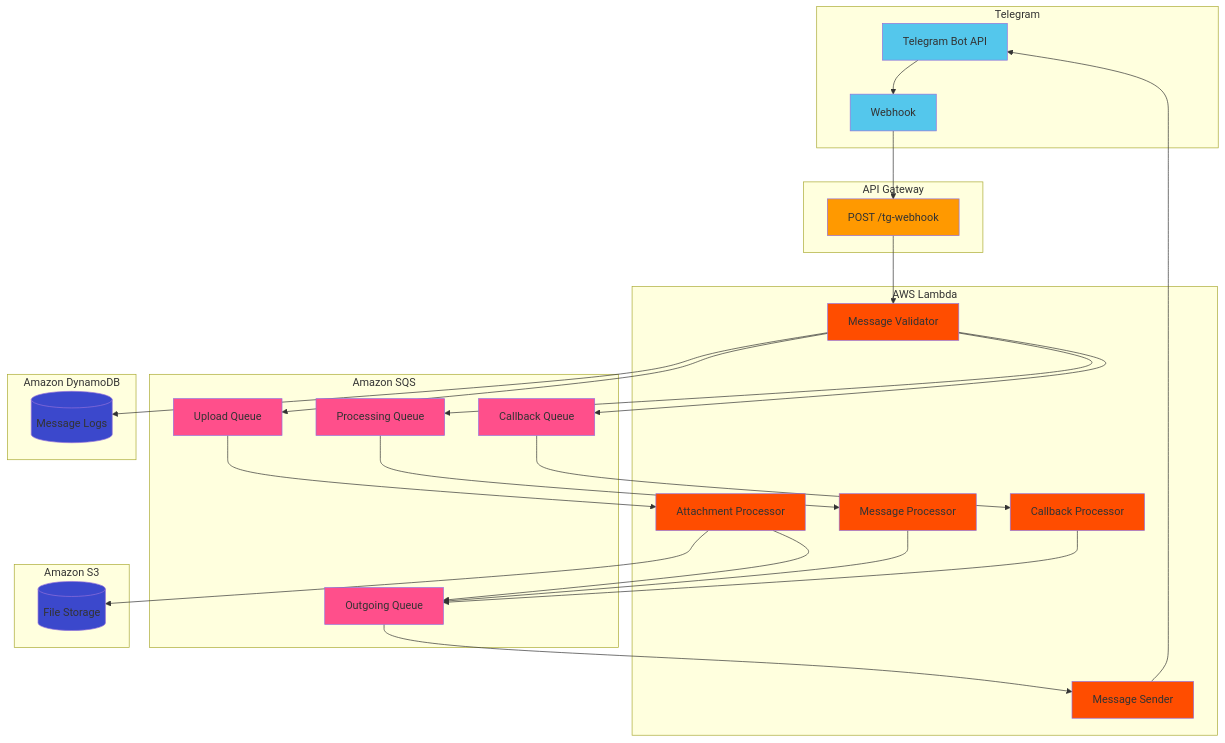
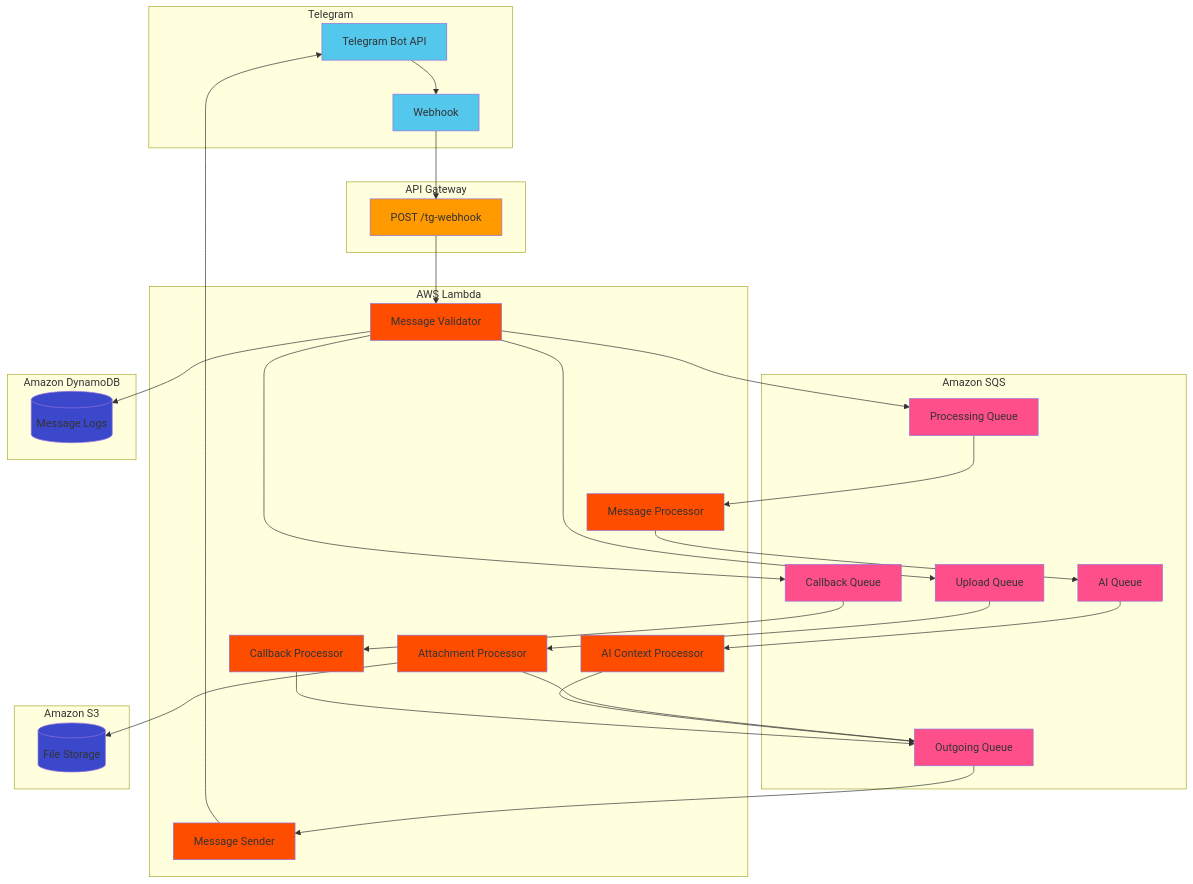
The diagram in README.md (dmgritsan/aws-serverless-tg-bot), drawn with Mermaid before and after one commit. The commit also changed other lines of this file, not shown here.

````diff
--- a/README.md
+++ b/README.md
@@ -6,57 +6,63 @@
 ```mermaid
 graph TD
     subgraph Telegram["Telegram"]
         A[Telegram Bot API] --> B[Webhook]
         style A fill:#54C7EC
         style B fill:#54C7EC
     end
     subgraph APIGateway["API Gateway"]
         C[POST /tg-webhook]
         style C fill:#FF9900
     end
     subgraph Lambda["AWS Lambda"]
         D[Message Validator]
         E[Message Processor]
         F[Message Sender]
         H[Attachment Processor]
         M[Callback Processor]
+        O[AI Context Processor]
         style D fill:#FF4D00
         style E fill:#FF4D00
         style F fill:#FF4D00
         style H fill:#FF4D00
         style M fill:#FF4D00
+        style O fill:#FF4D00
     end
     subgraph Queue["Amazon SQS"]
         I[Upload Queue]
         J[Processing Queue]
         K[Outgoing Queue]
         N[Callback Queue]
+        P[AI Queue]
         style I fill:#FF4F8B
         style J fill:#FF4F8B
         style K fill:#FF4F8B
         style N fill:#FF4F8B
+        style P fill:#FF4F8B
     end
     subgraph Storage["Amazon S3"]
         L[(File Storage)]
         style L fill:#3B48CC
     end
     subgraph Database["Amazon DynamoDB"]
         G[(Message Logs)]
         style G fill:#3B48CC
     end
     B --> C
     C --> D
     D --> I
     D --> J
     D --> N
     D --> G
     I --> H
     H --> L
     H --> K
     J --> E
-    E --> K
+    E --> P
+    P --> O
+    O --> K
     N --> M
     M --> K
     K --> F
     F --> A
 ```
````
